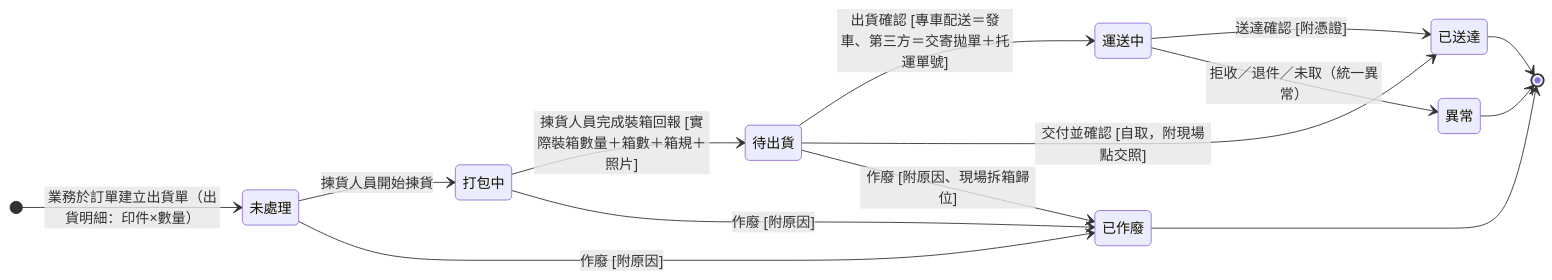
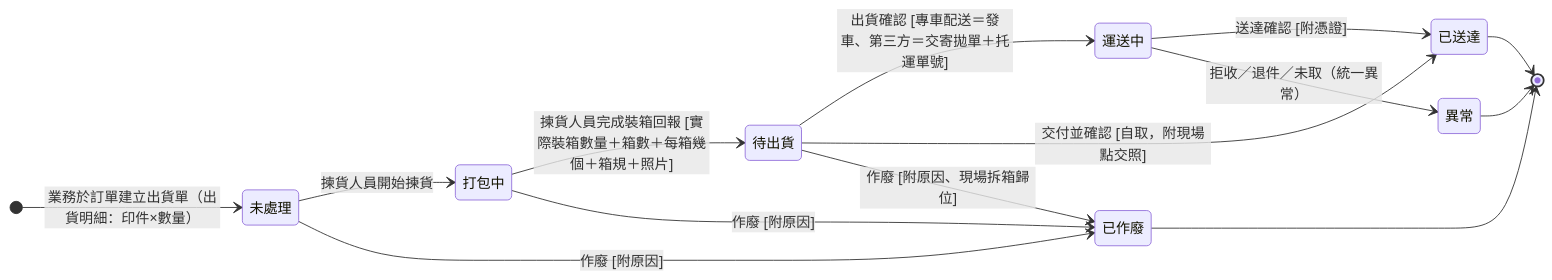
The diagram in memory/Sens_wiki/wiki/erp/06-state-machines/出貨單狀態.md (Kawato-Miles/erp-spec), drawn with Mermaid before and after one commit. The commit also changed other lines of this file and 35 other files, not shown here.

````diff
--- a/memory/Sens_wiki/wiki/erp/06-state-machines/出貨單狀態.md
+++ b/memory/Sens_wiki/wiki/erp/06-state-machines/出貨單狀態.md
@@ -41,28 +41,28 @@
 ```mermaid
 stateDiagram-v2
     direction LR
 
     [*] --> s_pending : 業務於訂單建立出貨單（出貨明細：印件×數量）
 
     state "未處理" as s_pending
     state "打包中" as s_packing
     state "待出貨" as s_packed
     state "運送中" as s_shipping
     state "已送達" as s_arrived
     state "異常" as s_failed
     state "已作廢" as s_void
 
     s_pending --> s_packing : 揀貨人員開始揀貨
-    s_packing --> s_packed : 揀貨人員完成裝箱回報 [實際裝箱數量＋箱數＋箱規＋照片]
+    s_packing --> s_packed : 揀貨人員完成裝箱回報 [實際裝箱數量＋箱數＋每箱幾個＋箱規＋照片]
     s_packed --> s_shipping : 出貨確認 [專車配送＝發車、第三方＝交寄拋單＋托運單號]
     s_packed --> s_arrived : 交付並確認 [自取，附現場點交照]
     s_shipping --> s_arrived : 送達確認 [附憑證]
     s_shipping --> s_failed : 拒收／退件／未取（統一異常）
     s_pending --> s_void : 作廢 [附原因]
     s_packing --> s_void : 作廢 [附原因]
     s_packed --> s_void : 作廢 [附原因、現場拆箱歸位]
 
     s_arrived --> [*]
     s_failed --> [*]
     s_void --> [*]
 ```
````
